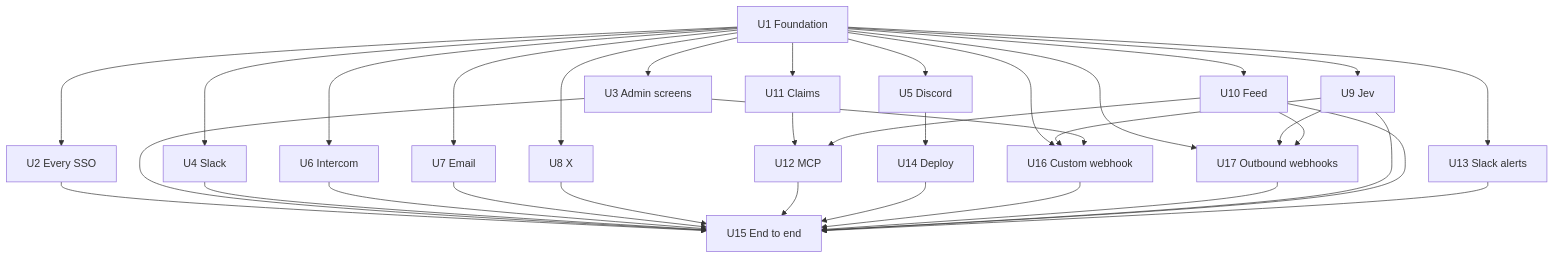
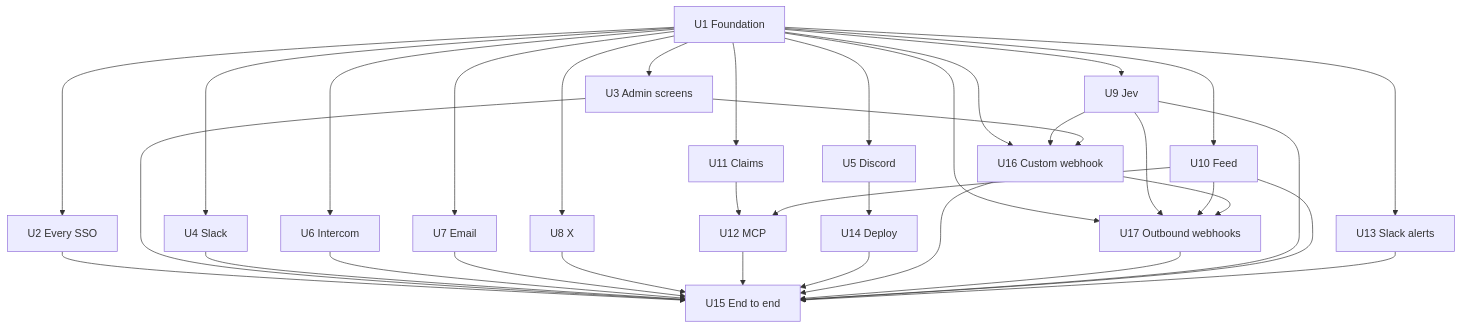
The fifth of 5 diagrams in docs/plans/2026-09-24-001-feat-happyhappy-sentiment-feed-plan.md (kieranklaassen/happyhappy), drawn with Mermaid before and after one commit. The commit also changed other lines of this file, not shown here.

Commit message:
Scope custom webhook thread keys and sequence U17 after U16

````diff
--- a/docs/plans/2026-09-24-001-feat-happyhappy-sentiment-feed-plan.md
+++ b/docs/plans/2026-09-24-001-feat-happyhappy-sentiment-feed-plan.md
@@ -373,36 +373,37 @@
 ```mermaid
 flowchart TB
   U1[U1 Foundation] --> U2[U2 Every SSO]
   U1 --> U3[U3 Admin screens]
   U1 --> U4[U4 Slack]
   U1 --> U5[U5 Discord]
   U1 --> U6[U6 Intercom]
   U1 --> U7[U7 Email]
   U1 --> U8[U8 X]
   U1 --> U9[U9 Jev]
   U1 --> U10[U10 Feed]
   U1 --> U11[U11 Claims]
   U1 --> U13[U13 Slack alerts]
   U11 --> U12[U12 MCP]
   U10 --> U12
   U5 --> U14[U14 Deploy]
   U2 --> U15[U15 End to end]
   U3 --> U15
   U4 --> U15
   U6 --> U15
   U7 --> U15
   U8 --> U15
   U12 --> U15
   U14 --> U15
   U1 --> U16[U16 Custom webhook]
   U9 --> U16
   U3 --> U16
   U1 --> U17[U17 Outbound webhooks]
   U9 --> U17
   U10 --> U17
+  U16 --> U17
   U16 --> U15
   U17 --> U15
   U9 --> U15
   U10 --> U15
   U13 --> U15
 ```
````
